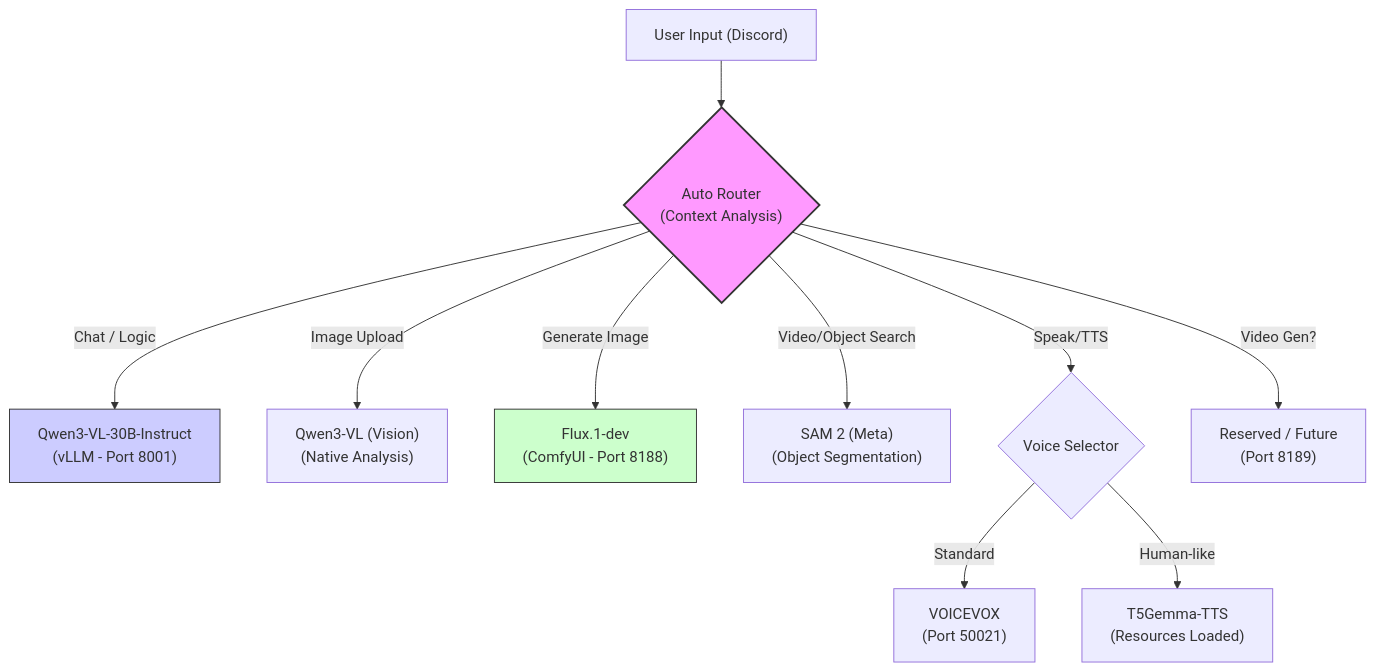
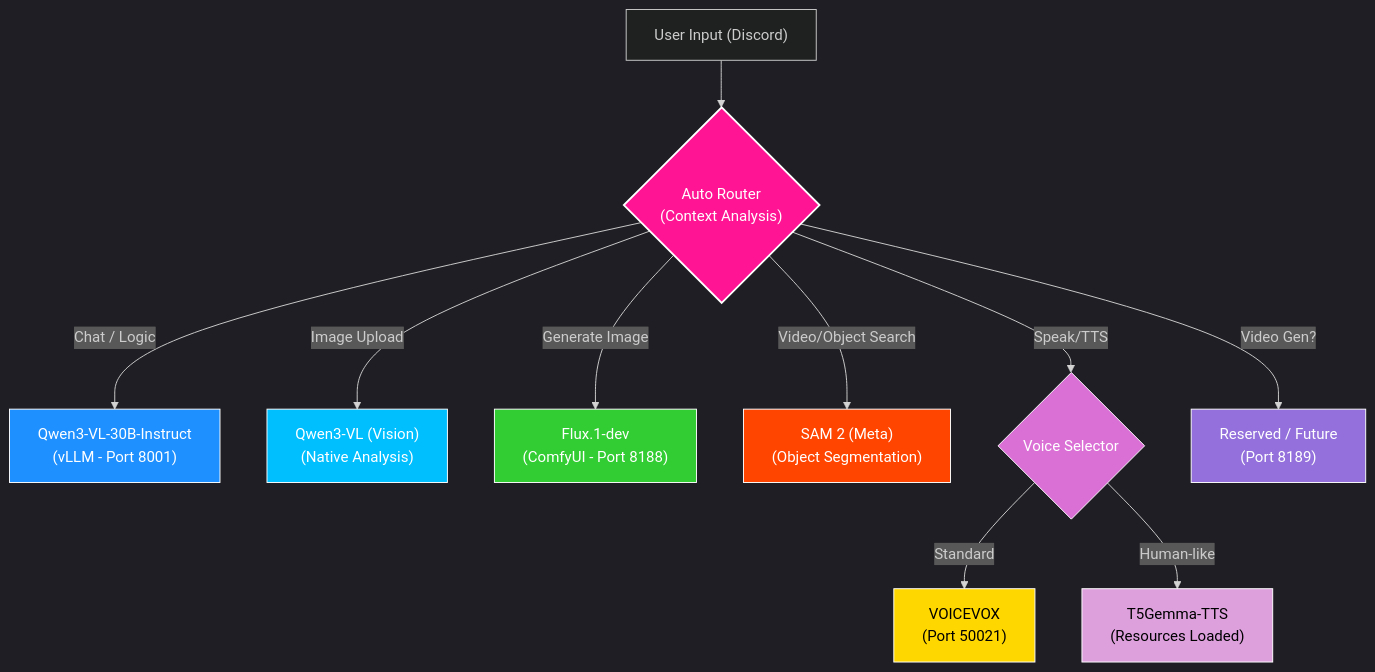
Before and after one commit to YoneRai12/ORA: the diagram in README.md, drawn with Mermaid.

Commit message:
Update Mermaid diagram with dark-mode optimized colors

````diff
--- a/README.md
+++ b/README.md
@@ -58,23 +58,30 @@
 ```mermaid
+%%{init: { 'theme': 'dark' }}%%
 graph TD
     User["User Input (Discord)"] --> Router{"Auto Router<br>(Context Analysis)"}
 
     %% Routing Logic
     Router -- "Chat / Logic" --> LLM["Qwen3-VL-30B-Instruct<br>(vLLM - Port 8001)"]
     Router -- "Image Upload" --> Vision["Qwen3-VL (Vision)<br>(Native Analysis)"]
     Router -- "Generate Image" --> ImageGen["Flux.1-dev<br>(ComfyUI - Port 8188)"]
     Router -- "Video/Object Search" --> SAM2["SAM 2 (Meta)<br>(Object Segmentation)"]
     
     %% Voice Path
     Router -- "Speak/TTS" --> VoiceRouter{"Voice Selector"}
     VoiceRouter -- "Standard" --> VV["VOICEVOX<br>(Port 50021)"]
     VoiceRouter -- "Human-like" --> T5["T5Gemma-TTS<br>(Resources Loaded)"]
 
     %% Future/Reserved
     Router -- "Video Gen?" --> VideoGen["Reserved / Future<br>(Port 8189)"]
 
-    %% Styling
-    style Router fill:#f9f,stroke:#333,stroke-width:2px
-    style LLM fill:#ccf,stroke:#333
-    style ImageGen fill:#cfc,stroke:#333
+    %% Styling for better dark mode readability
+    style Router fill:#ff1493,stroke:#ffffff,stroke-width:2px,color:#ffffff
+    style LLM fill:#1e90ff,stroke:#ffffff,stroke-width:1px,color:#ffffff
+    style ImageGen fill:#32cd32,stroke:#ffffff,stroke-width:1px,color:#ffffff
+    style Vision fill:#00bfff,stroke:#ffffff,stroke-width:1px,color:#ffffff
+    style SAM2 fill:#ff4500,stroke:#ffffff,stroke-width:1px,color:#ffffff
+    style VoiceRouter fill:#da70d6,stroke:#ffffff,stroke-width:1px,color:#ffffff
+    style VV fill:#ffd700,stroke:#ffffff,stroke-width:1px,color:#000000
+    style T5 fill:#dda0dd,stroke:#ffffff,stroke-width:1px,color:#000000
+    style VideoGen fill:#9370db,stroke:#ffffff,stroke-width:1px,color:#ffffff
 ```
````
